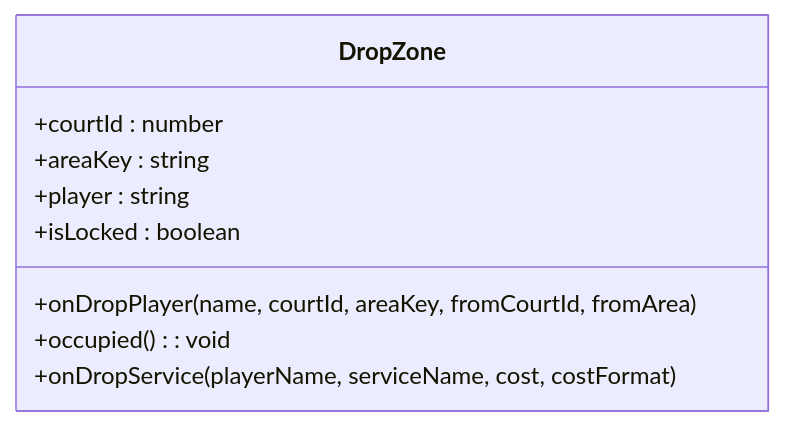
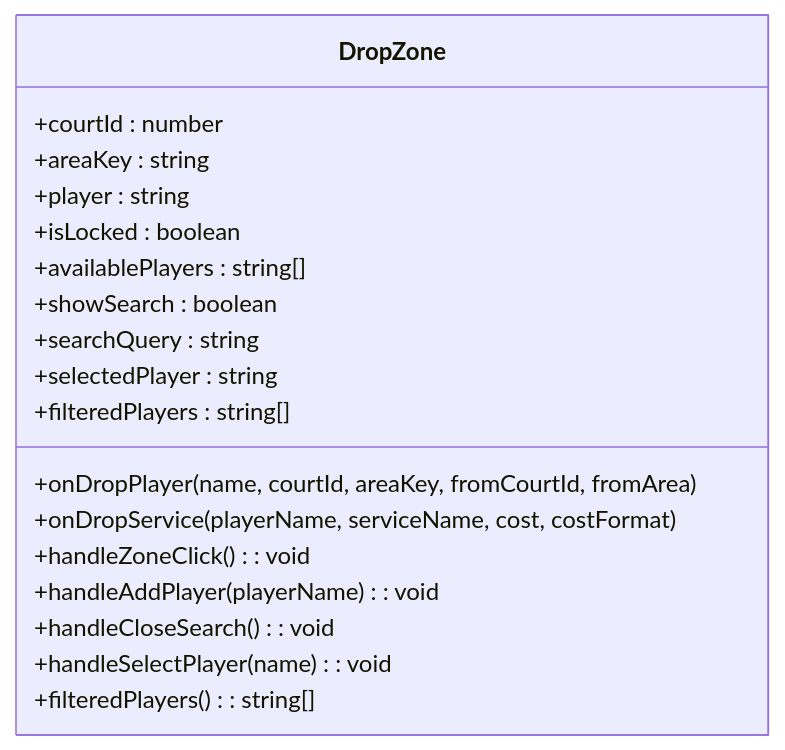
The fifth of 12 diagrams in .qoder/repowiki/en/content/Court Management Interface.md (Vissel/badminton-court-management), drawn with Mermaid before and after one commit. The commit also changed other lines of this file and 36 other files, not shown here.

````diff
--- a/.qoder/repowiki/en/content/Court Management Interface.md
+++ b/.qoder/repowiki/en/content/Court Management Interface.md
@@ -191,12 +211,21 @@
 ```mermaid
 classDiagram
 class DropZone {
 +courtId : number
 +areaKey : string
 +player : string
++isLocked : boolean
++availablePlayers : string[]
++showSearch : boolean
++searchQuery : string
++selectedPlayer : string
++filteredPlayers : string[]
 +onDropPlayer(name, courtId, areaKey, fromCourtId, fromArea)
-+occupied() : void
-+isLocked : boolean
 +onDropService(playerName, serviceName, cost, costFormat)
++handleZoneClick() : void
++handleAddPlayer(playerName) : void
++handleCloseSearch() : void
++handleSelectPlayer(name) : void
++filteredPlayers() : string[]
 }
 ```
````
